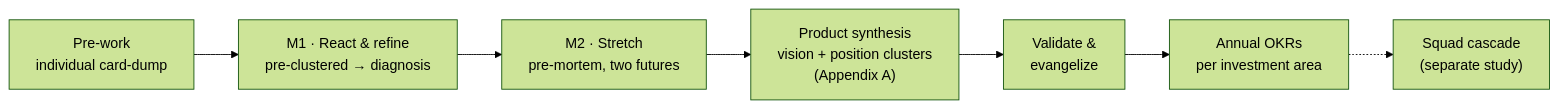
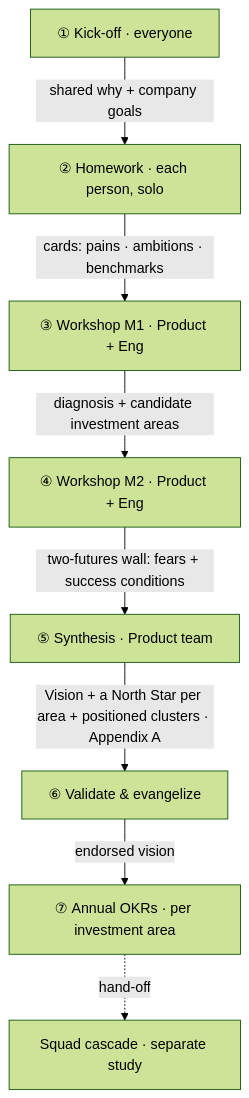
The diagram in studies/product-management/long-term-product-vision.md (GustavoBertaco/daily-digest), drawn with Mermaid (forest theme) before and after one commit. The commit also changed other lines of this file, not shown here.

First line of the commit message:
studies: reorganize vision study; add kick-off, working-backwards, strategy framing

````diff
--- a/studies/product-management/long-term-product-vision.md
+++ b/studies/product-management/long-term-product-vision.md
@@ -164,9 +115,10 @@
 ```mermaid
-flowchart LR
-    P["Pre-work<br/>individual card-dump"] --> A["M1 · React & refine<br/>pre-clustered → diagnosis"]
-    A --> B["M2 · Stretch<br/>pre-mortem, two futures"]
-    B --> C["Product synthesis<br/>vision + position clusters<br/>(Appendix A)"]
-    C --> D["Validate &<br/>evangelize"]
-    D --> E["Annual OKRs<br/>per investment area"]
-    E -.-> F["Squad cascade<br/>(separate study)"]
+flowchart TD
+    K["①&nbsp;Kick-off · everyone"] -->|shared why + company goals| H["②&nbsp;Homework · each person, solo"]
+    H -->|cards: pains · ambitions · benchmarks| M1["③&nbsp;Workshop M1 · Product + Eng"]
+    M1 -->|diagnosis + candidate investment areas| M2["④&nbsp;Workshop M2 · Product + Eng"]
+    M2 -->|two-futures wall: fears + success conditions| S["⑤&nbsp;Synthesis · Product team"]
+    S -->|Vision + a North Star per area + positioned clusters · Appendix A| V["⑥&nbsp;Validate & evangelize"]
+    V -->|endorsed vision| O["⑦&nbsp;Annual OKRs · per investment area"]
+    O -.->|hand-off| SQ["Squad cascade · separate study"]
 ```
````
